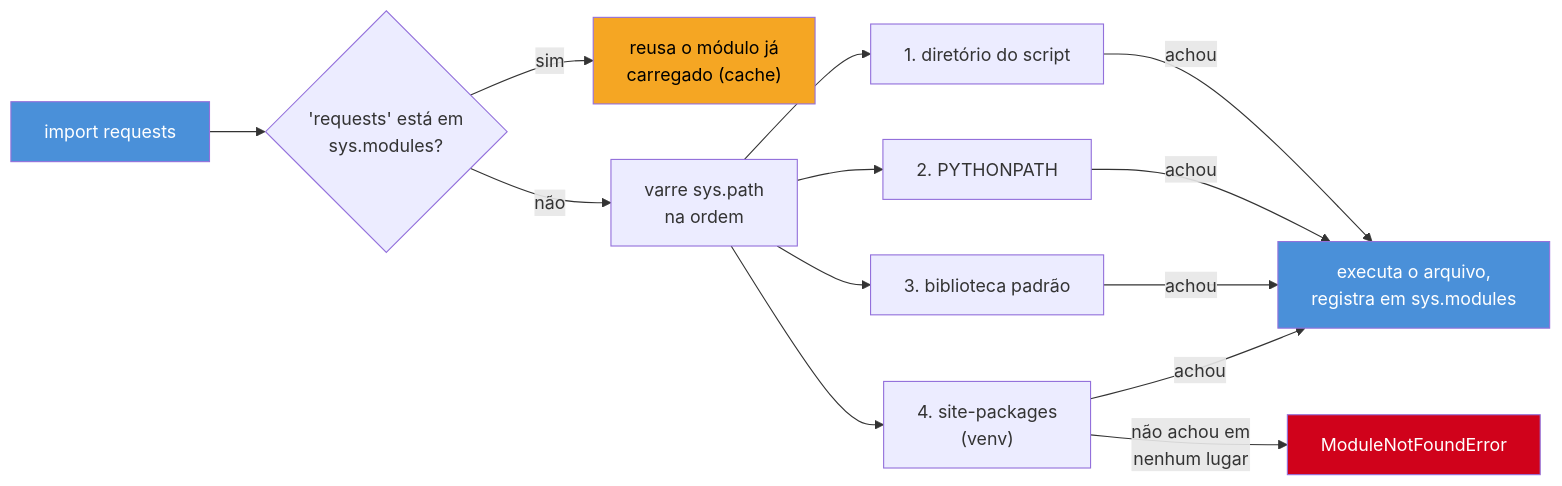
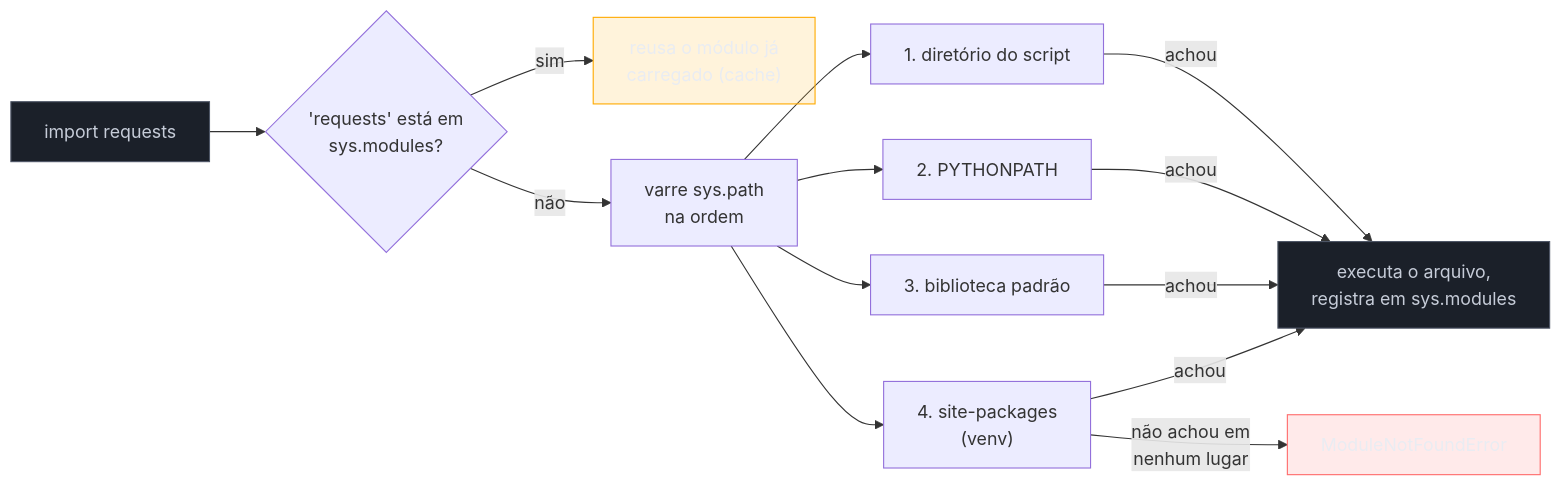
The second of 2 diagrams in 03-Dominios/Tecnologia/Python/Core/09 - Módulos e imports.md (josenaldo/codex-technomanticus), drawn with Mermaid before and after one commit. The commit also changed 1181 other files, not shown here.

First line of the commit message:
fix(diagramas): paleta do sistema no lugar de cor cravada no markdown

````diff
--- a/03-Dominios/Tecnologia/Python/Core/09 - Módulos e imports.md
+++ b/03-Dominios/Tecnologia/Python/Core/09 - Módulos e imports.md
@@ -198,20 +198,23 @@
 ```mermaid
 flowchart LR
+    classDef neutro fill:#1B2029,stroke:#4E5666,color:#C6CCD8
+    classDef falha fill:#FF6B6B24,stroke:#FF6B6B,color:#E9ECF2
+    classDef destaque fill:#FFAA0024,stroke:#FFAA00,color:#E9ECF2
     A["import requests"] --> B{"'requests' está em<br/>sys.modules?"}
     B -->|sim| C["reusa o módulo já<br/>carregado (cache)"]
     B -->|não| D["varre sys.path<br/>na ordem"]
     D --> E["1. diretório do script"]
     D --> F["2. PYTHONPATH"]
     D --> G["3. biblioteca padrão"]
     D --> H["4. site-packages<br/>(venv)"]
     E -->|achou| I["executa o arquivo,<br/>registra em sys.modules"]
     F -->|achou| I
     G -->|achou| I
     H -->|achou| I
     H -->|não achou em<br/>nenhum lugar| J["ModuleNotFoundError"]
 
-    style A fill:#4A90D9,color:#fff
-    style I fill:#4A90D9,color:#fff
-    style J fill:#D0021B,color:#fff
-    style C fill:#F5A623,color:#000
+    class A neutro
+    class I neutro
+    class J falha
+    class C destaque
 ```
````
